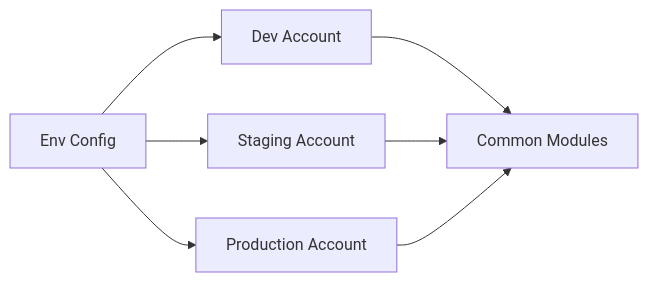
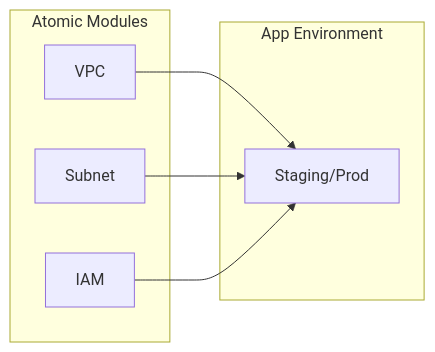
Before and after one commit to Devopstrio/terraform-modules: the fifth of 10 diagrams in README.md, drawn with Mermaid. The commit also changed other lines of this file, not shown here.

Commit message:
docs: implement 10+ professional architecture diagrams for atomic iac modules

````diff
--- a/README.md
+++ b/README.md
@@ -95,9 +163,16 @@
 ```mermaid
 graph LR
-    Env[Env Config] --> Dev[Dev Account]
-    Env --> Stage[Staging Account]
-    Env --> Prod[Production Account]
-    Dev --> Mods[Common Modules]
-    Stage --> Mods
-    Prod --> Mods
+    subgraph Atomic["Atomic Modules"]
+        M1[VPC]
+        M2[Subnet]
+        M3[IAM]
+    end
+
+    subgraph Composite["App Environment"]
+        Env[Staging/Prod]
+    end
+
+    M1 --> Env
+    M2 --> Env
+    M3 --> Env
 ```
````
